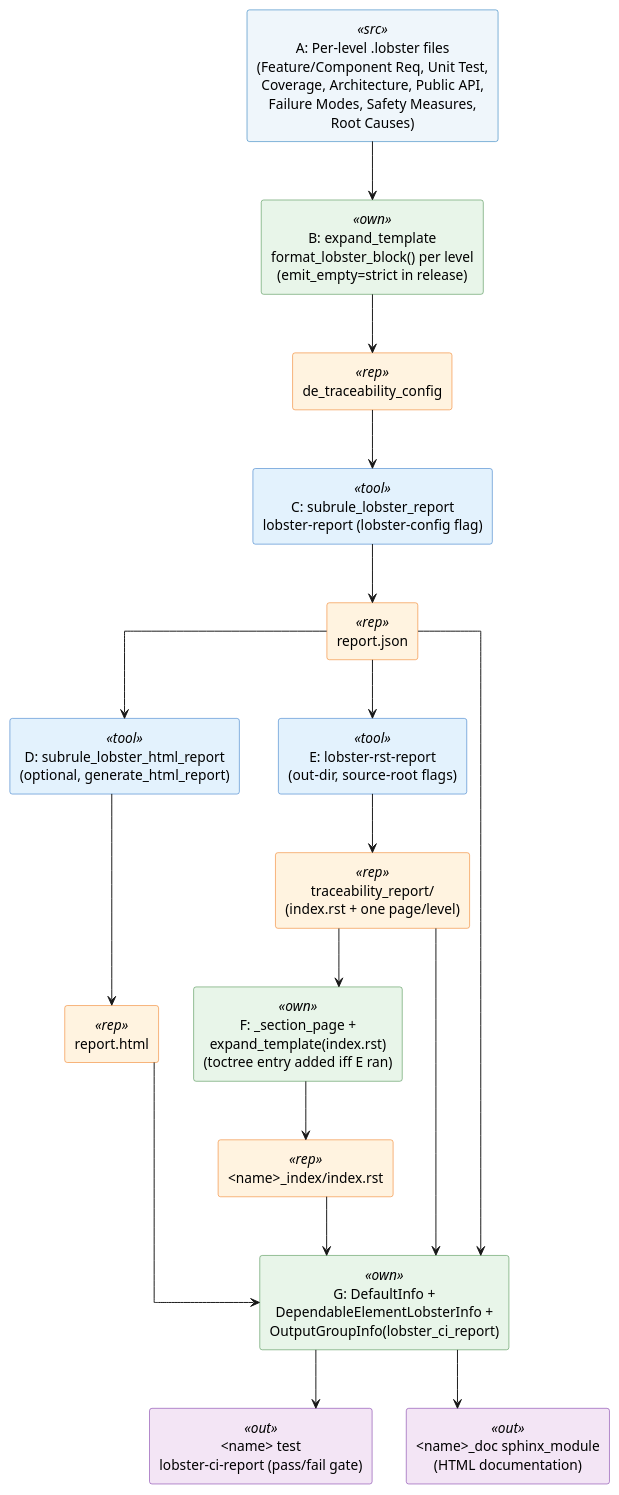
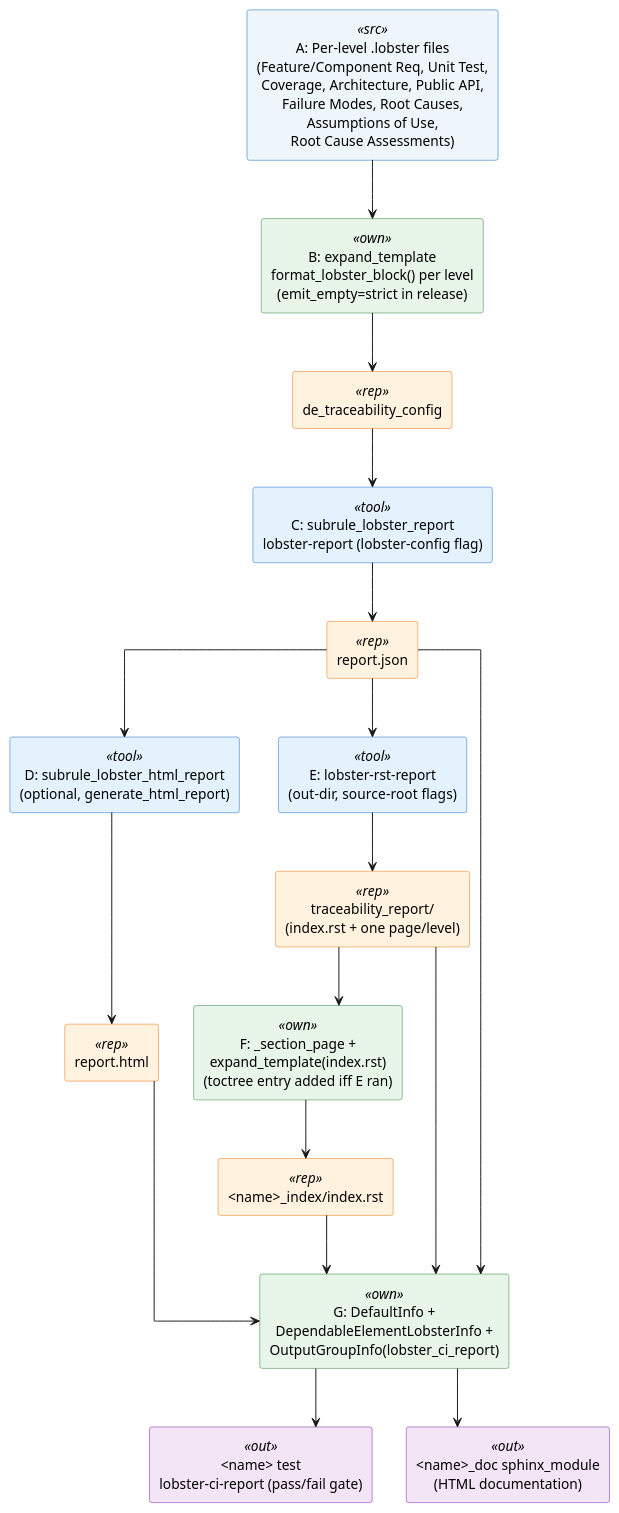
The diagram in bazel/rules/rules_score/docs/_assets/lobster_report_assembly.puml (eclipse-score/tooling), drawn with PlantUML before and after one commit. The commit also changed 61 other files, not shown here.

Commit message:
[safety analysis] add root cause assessment

```diff
--- a/bazel/rules/rules_score/docs/_assets/lobster_report_assembly.puml
+++ b/bazel/rules/rules_score/docs/_assets/lobster_report_assembly.puml
@@ -14,62 +14,62 @@
 @startuml lobster_report_assembly
 
 ' How the dependable_element _index rule assembles the lobster traceability
 ' report and splices it into the Sphinx documentation tree (stages A-G).
 
 skinparam linetype ortho
 skinparam ArrowFontSize 10
 skinparam defaultTextAlignment center
 
 skinparam rectangle {
     BackgroundColor<<src>> #EFF6FB
     BorderColor<<src>> #0066B1
     BackgroundColor<<tool>> #E3F2FD
     BorderColor<<tool>> #1565C0
     BackgroundColor<<own>> #E8F5E9
     BorderColor<<own>> #2E7D32
     BackgroundColor<<rep>> #FFF3E0
     BorderColor<<rep>> #EF6C00
     BackgroundColor<<out>> #F3E5F5
     BorderColor<<out>> #6A1B9A
 }
 
-rectangle "A: Per-level .lobster files\n(Feature/Component Req, Unit Test,\nCoverage, Architecture, Public API,\nFailure Modes, Safety Measures,\nRoot Causes)" <<src>> as A
+rectangle "A: Per-level .lobster files\n(Feature/Component Req, Unit Test,\nCoverage, Architecture, Public API,\nFailure Modes, Root Causes,\nAssumptions of Use,\nRoot Cause Assessments)" <<src>> as A
 
 rectangle "B: expand_template\nformat_lobster_block() per level\n(emit_empty=strict in release)" <<own>> as B
 rectangle "de_traceability_config" <<rep>> as conf
 
 rectangle "C: subrule_lobster_report\nlobster-report (lobster-config flag)" <<tool>> as C
 rectangle "report.json" <<rep>> as report
 
 rectangle "D: subrule_lobster_html_report\n(optional, generate_html_report)" <<tool>> as D
 rectangle "report.html" <<rep>> as html
 
 rectangle "E: lobster-rst-report\n(out-dir, source-root flags)" <<tool>> as E
 rectangle "traceability_report/\n(index.rst + one page/level)" <<rep>> as rst
 
 rectangle "F: _section_page +\nexpand_template(index.rst)\n(toctree entry added iff E ran)" <<own>> as F
 rectangle "<name>_index/index.rst" <<rep>> as index
 
 rectangle "G: DefaultInfo +\nDependableElementLobsterInfo +\nOutputGroupInfo(lobster_ci_report)" <<own>> as G
 
 rectangle "<name> test\nlobster-ci-report (pass/fail gate)" <<out>> as gate
 rectangle "<name>_doc sphinx_module\n(HTML documentation)" <<out>> as docs
 
 A --> B
 B --> conf
 conf --> C
 C --> report
 report --> D
 D --> html
 report --> E
 E --> rst
 rst --> F
 F --> index
 report --> G
 html --> G
 rst --> G
 index --> G
 G --> gate
 G --> docs
 
 @enduml
```
